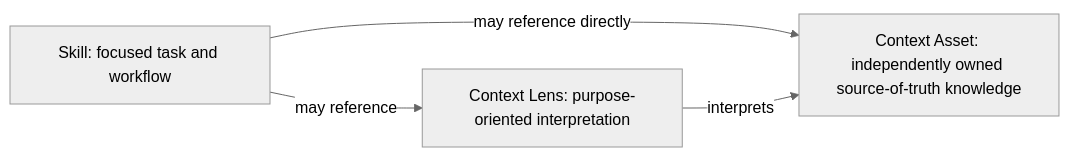
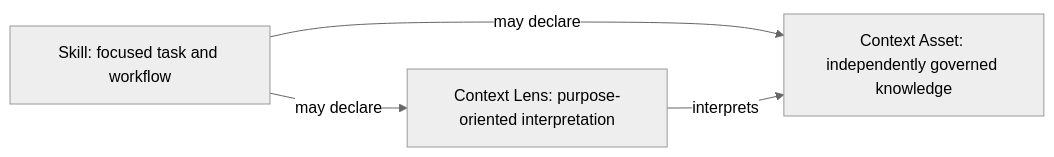
One commit to KazuCocoa/renma changed the diagram in design.md. Above: the diagram before and after it, drawn with Mermaid (neutral theme). The commit also changed other lines of this file and 43 other files, not shown here.

````diff
--- a/design.md
+++ b/design.md
@@ -24,9 +14,9 @@
 ```mermaid
 flowchart LR
   Skill["Skill: focused task and workflow"]
   Lens["Context Lens: purpose-oriented interpretation"]
-  Asset["Context Asset: independently owned source-of-truth knowledge"]
-  Skill -->|may reference| Lens
-  Skill -->|may reference directly| Asset
-  Lens -->|interprets| Asset
+  Context["Context Asset: independently governed knowledge"]
+  Skill -->|may declare| Lens
+  Skill -->|may declare| Context
+  Lens -->|interprets| Context
 ```
````
